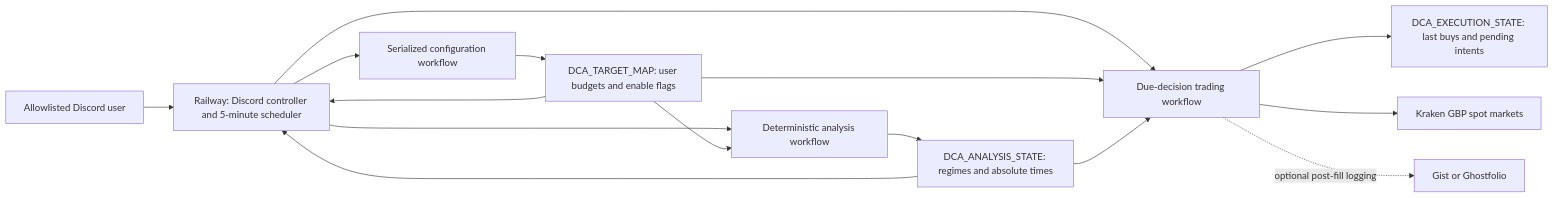
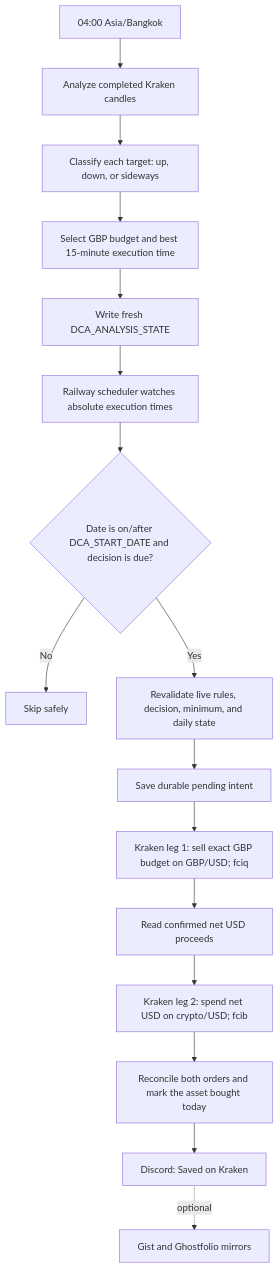
The first of 2 diagrams in README.md (aesscialo-bot/DCA-Bot), drawn with Mermaid before and after one commit. The commit also changed other lines of this file and 25 other files, not shown here.

Commit message:
Roll out GBP-funded Kraken USD DCA targets

````diff
--- a/README.md
+++ b/README.md
@@ -11,17 +50,18 @@
 ```mermaid
-flowchart LR
-    U["Allowlisted Discord user"] --> R["Railway: Discord controller and 5-minute scheduler"]
-    R --> C["Serialized configuration workflow"]
-    R --> A["Deterministic analysis workflow"]
-    R --> T["Due-decision trading workflow"]
-    C --> RULES["DCA_TARGET_MAP: user budgets and enable flags"]
-    A --> STATE["DCA_ANALYSIS_STATE: regimes and absolute times"]
-    RULES --> A
-    RULES --> R
-    STATE --> R
-    RULES --> T
-    STATE --> T
-    T --> EXEC["DCA_EXECUTION_STATE: last buys and pending intents"]
-    T --> K["Kraken GBP spot markets"]
-    T -. "optional post-fill logging" .-> L["Gist or Ghostfolio"]
+flowchart TD
+    A["04:00 Asia/Bangkok"] --> B["Analyze completed Kraken candles"]
+    B --> C["Classify each target: up, down, or sideways"]
+    C --> D["Select GBP budget and best 15-minute execution time"]
+    D --> E["Write fresh DCA_ANALYSIS_STATE"]
+    E --> F["Railway scheduler watches absolute execution times"]
+    F --> G{"Date is on/after DCA_START_DATE and decision is due?"}
+    G -- "No" --> H["Skip safely"]
+    G -- "Yes" --> I["Revalidate live rules, decision, minimum, and daily state"]
+    I --> J["Save durable pending intent"]
+    J --> K["Kraken leg 1: sell exact GBP budget on GBP/USD; fciq"]
+    K --> L["Read confirmed net USD proceeds"]
+    L --> M["Kraken leg 2: spend net USD on crypto/USD; fcib"]
+    M --> N["Reconcile both orders and mark the asset bought today"]
+    N --> O["Discord: Saved on Kraken"]
+    O -. "optional" .-> P["Gist and Ghostfolio mirrors"]
 ```
````
